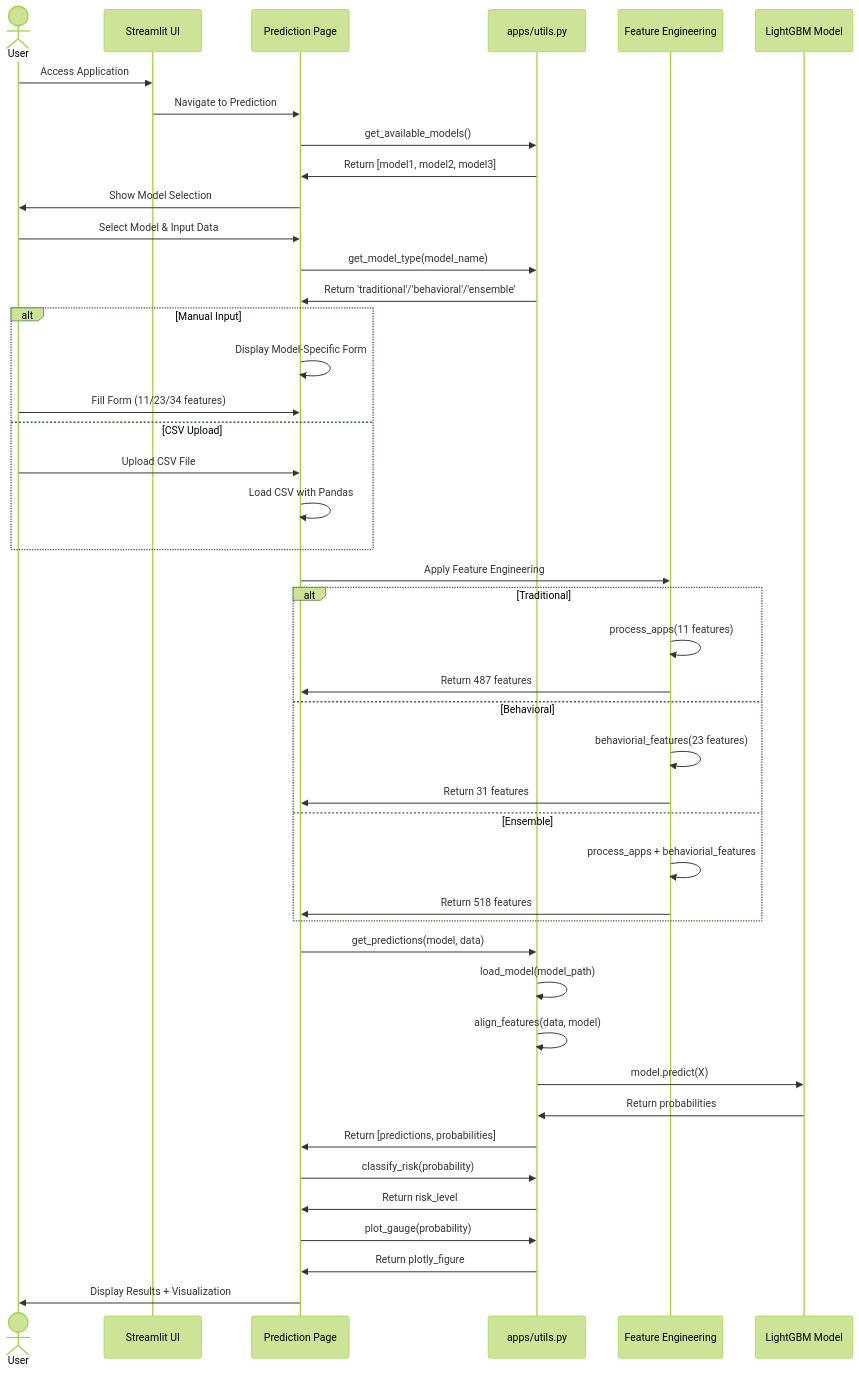
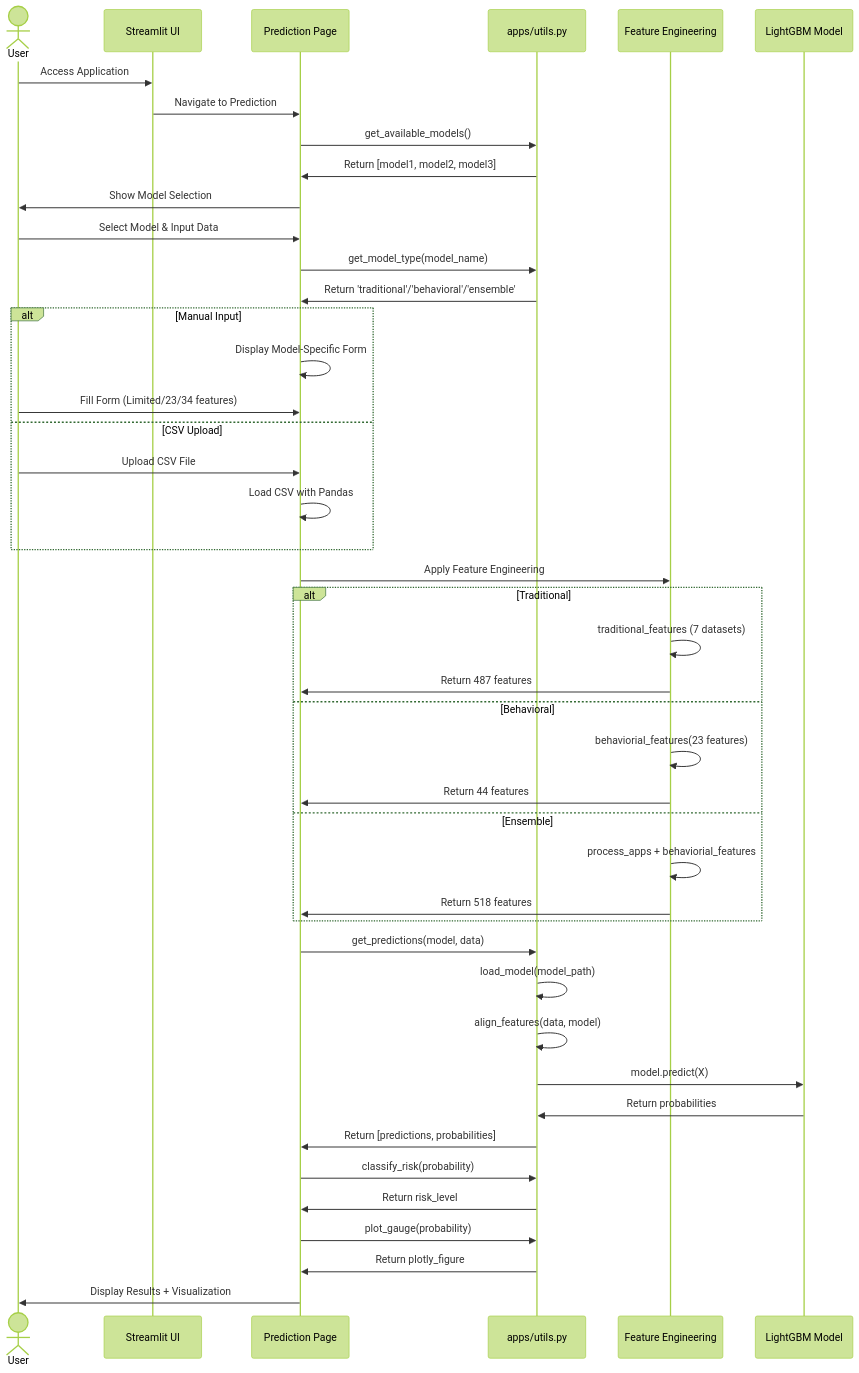
Before and after one commit to walterzenia/A-smart-Loan-default-hybrid-system: diagram 17 of 22 in MODEL_ARCHITECTURE_FLOWCHART.md, drawn with Mermaid (forest theme). The commit also changed other lines of this file and 9 other files, not shown here.

Commit message:
Fix documentation: Correct Traditional model (487 features from 7 datasets) and Behavioral model (44 features: 23 base + 21 engineered) feature counts across all documentation files

````diff
--- a/MODEL_ARCHITECTURE_FLOWCHART.md
+++ b/MODEL_ARCHITECTURE_FLOWCHART.md
@@ -734,56 +734,56 @@
 ```mermaid
 sequenceDiagram
     actor User
     participant UI as Streamlit UI
     participant Page as Prediction Page
     participant Utils as apps/utils.py
     participant FE as Feature Engineering
     participant Model as LightGBM Model
 
     User->>UI: Access Application
     UI->>Page: Navigate to Prediction
 
     Page->>Utils: get_available_models()
     Utils->>Page: Return [model1, model2, model3]
     Page->>User: Show Model Selection
 
     User->>Page: Select Model & Input Data
     Page->>Utils: get_model_type(model_name)
     Utils->>Page: Return 'traditional'/'behavioral'/'ensemble'
 
     alt Manual Input
         Page->>Page: Display Model-Specific Form
-        User->>Page: Fill Form (11/23/34 features)
+        User->>Page: Fill Form (Limited/23/34 features)
     else CSV Upload
         User->>Page: Upload CSV File
         Page->>Page: Load CSV with Pandas
     end
 
     Page->>FE: Apply Feature Engineering
 
     alt Traditional
-        FE->>FE: process_apps(11 features)
+        FE->>FE: traditional_features (7 datasets)
         FE->>Page: Return 487 features
     else Behavioral
         FE->>FE: behaviorial_features(23 features)
-        FE->>Page: Return 31 features
+        FE->>Page: Return 44 features
     else Ensemble
         FE->>FE: process_apps + behaviorial_features
         FE->>Page: Return 518 features
     end
 
     Page->>Utils: get_predictions(model, data)
     Utils->>Utils: load_model(model_path)
     Utils->>Utils: align_features(data, model)
     Utils->>Model: model.predict(X)
     Model->>Utils: Return probabilities
     Utils->>Page: Return [predictions, probabilities]
 
     Page->>Utils: classify_risk(probability)
     Utils->>Page: Return risk_level
 
     Page->>Utils: plot_gauge(probability)
     Utils->>Page: Return plotly_figure
 
     Page->>User: Display Results + Visualization
 ```
````
